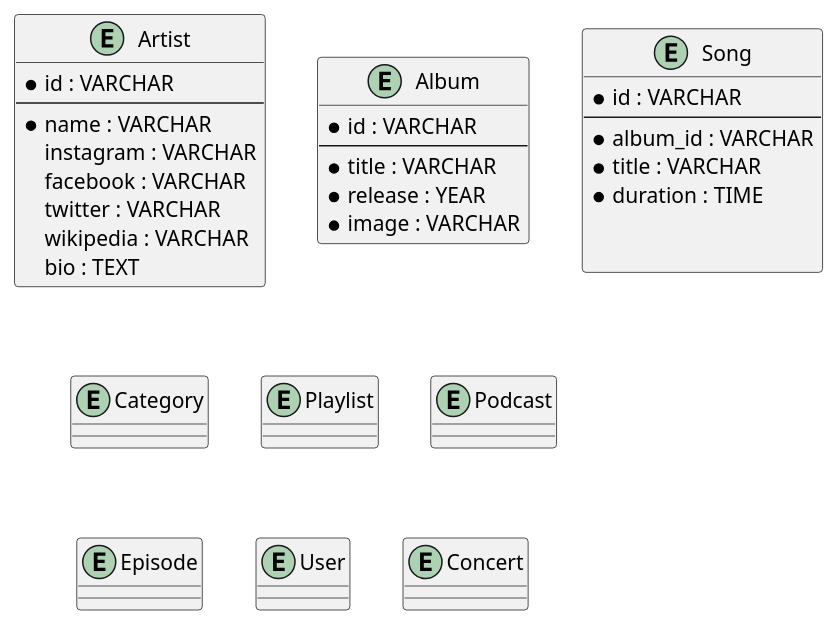
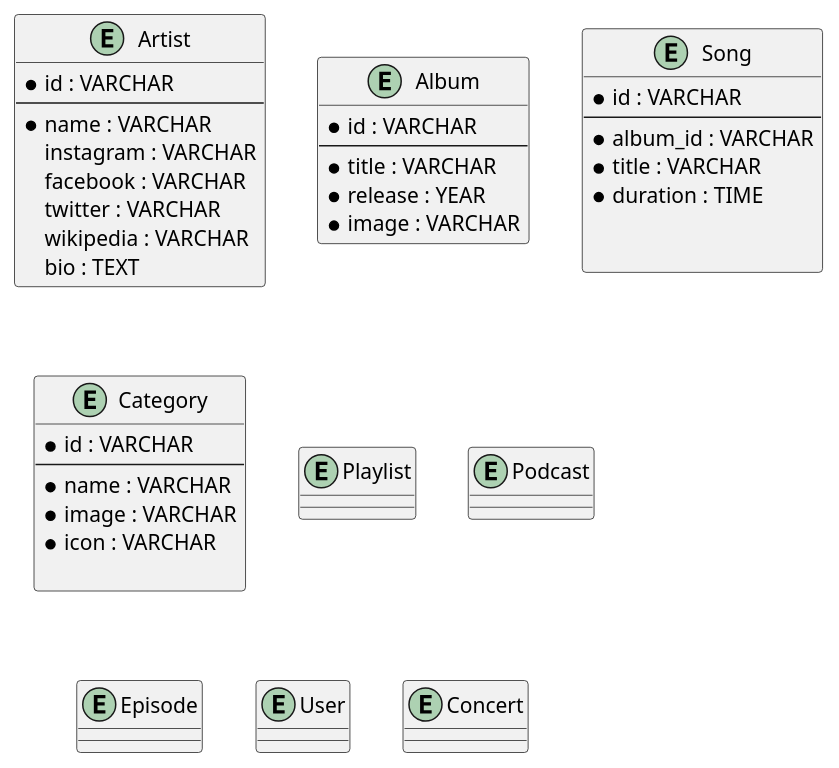
Before and after one commit to hanifiamdev/plantUML: the diagram in spotify.puml, drawn with PlantUML.

Commit message:
Menentukan Attribute Entity Category

```diff
--- a/spotify.puml
+++ b/spotify.puml
@@ -1,56 +1,61 @@
 @startuml
 entity Artist {
     * id : VARCHAR
     --
     * name : VARCHAR
     instagram : VARCHAR
     facebook : VARCHAR
     twitter : VARCHAR
     wikipedia : VARCHAR
     bio : TEXT
 }
 
 entity Album {
     * id : VARCHAR
     --
     * title : VARCHAR
     * release : YEAR
     * image : VARCHAR
 }
 
 entity Song {
     * id : VARCHAR
     --
     * album_id : VARCHAR
     * title : VARCHAR
     * duration : TIME
 
 
 }
 
 entity Category {
+    * id : VARCHAR
+    --
+    * name : VARCHAR
+    * image : VARCHAR
+    * icon : VARCHAR
 
 }
 
 entity Playlist {
 
 }
 
 entity Podcast {
 
 }
 
 entity Episode {
 
 }
 
 entity User {
 
 }
 
 entity Concert {
 
 }
 
 
 @enduml
```
